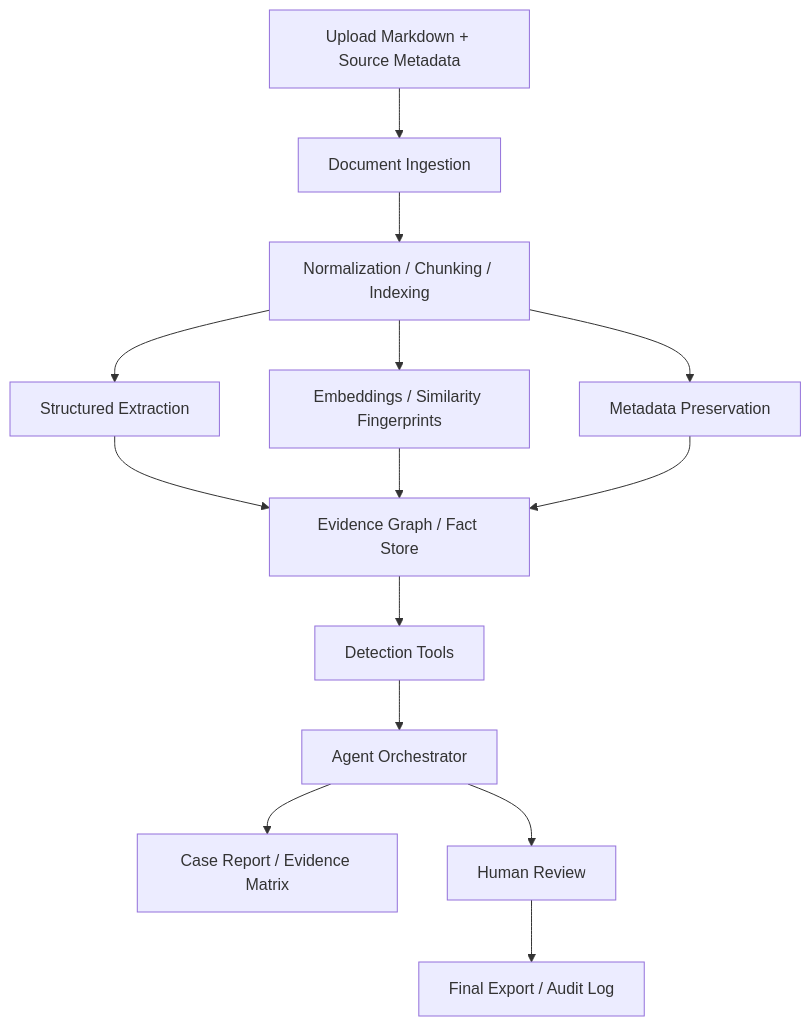
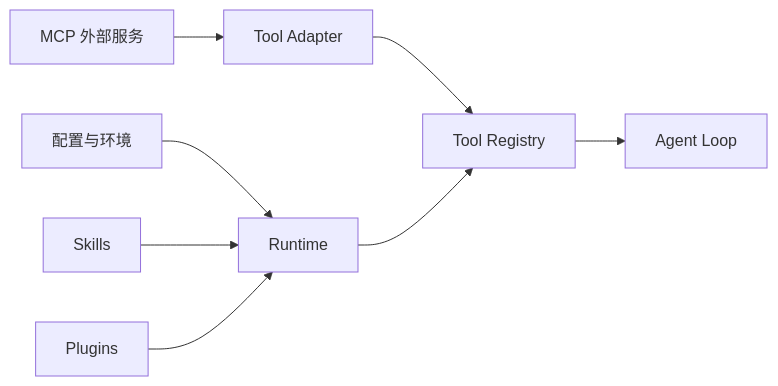
One commit to yogogml0035-cpu/OpenHarness changed the second of 4 diagrams in Study/agent_harness_architecture_reuse_playbook.md. Above: the diagram before and after it, drawn with Mermaid. The commit also changed other lines of this file, not shown here.

````diff
--- a/Study/agent_harness_architecture_reuse_playbook.md
+++ b/Study/agent_harness_architecture_reuse_playbook.md
@@ -243,16 +105,10 @@
 ```mermaid
-flowchart TD
-    A["Upload Markdown + Source Metadata"] --> B["Document Ingestion"]
-    B --> C["Normalization / Chunking / Indexing"]
-    C --> D["Structured Extraction"]
-    C --> E["Embeddings / Similarity Fingerprints"]
-    C --> F["Metadata Preservation"]
-    D --> G["Evidence Graph / Fact Store"]
-    E --> G
-    F --> G
-    G --> H["Detection Tools"]
-    H --> I["Agent Orchestrator"]
-    I --> J["Case Report / Evidence Matrix"]
-    I --> K["Human Review"]
-    K --> L["Final Export / Audit Log"]
+flowchart LR
+    C["配置与环境"] --> R["Runtime"]
+    K["Skills"] --> R
+    G["Plugins"] --> R
+    N["MCP 外部服务"] --> A["Tool Adapter"]
+    A --> TR["Tool Registry"]
+    R --> TR
+    TR --> L["Agent Loop"]
 ```
````
